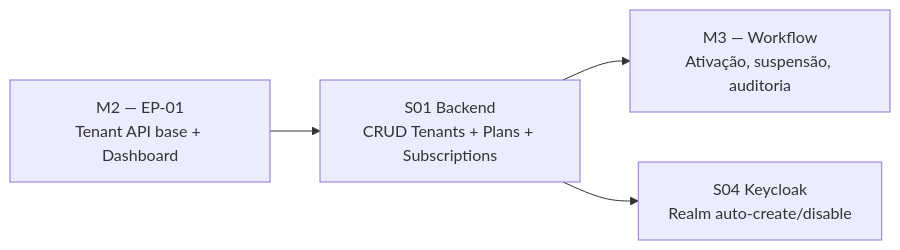
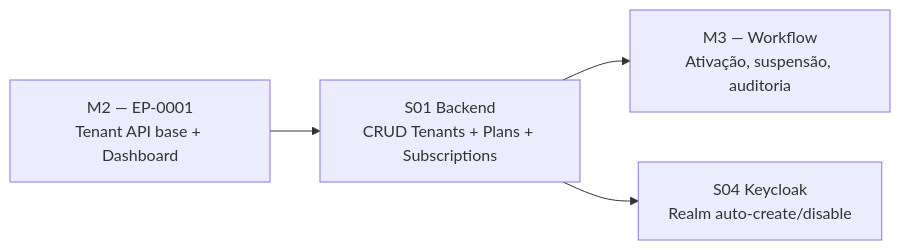
One commit to bolismar69/workspace-fbso changed the third of 7 diagrams in business-inputs/business-projects/PRJ-FIN-2026-0003-SAAS-FBSO-ORG/technical-definitions/PROJECT-TECHNICAL-DEFINITIONS-MILESTONES.md. Above: the diagram before and after it, drawn with Mermaid. The commit also changed other lines of this file and 9 other files, not shown here.

````diff
--- a/business-inputs/business-projects/PRJ-FIN-2026-0003-SAAS-FBSO-ORG/technical-definitions/PROJECT-TECHNICAL-DEFINITIONS-MILESTONES.md
+++ b/business-inputs/business-projects/PRJ-FIN-2026-0003-SAAS-FBSO-ORG/technical-definitions/PROJECT-TECHNICAL-DEFINITIONS-MILESTONES.md
@@ -160,6 +162,6 @@
 ```mermaid
 flowchart LR
-    M2["M2 — EP-01<br/>Tenant API base + Dashboard"] --> S01["S01 Backend<br/>CRUD Tenants + Plans + Subscriptions"]
+    M2["M2 — EP-0001<br/>Tenant API base + Dashboard"] --> S01["S01 Backend<br/>CRUD Tenants + Plans + Subscriptions"]
     S01 --> M3A["M3 — Workflow<br/>Ativação, suspensão, auditoria"]
     S01 --> S04["S04 Keycloak<br/>Realm auto-create/disable"]
 ```
````
